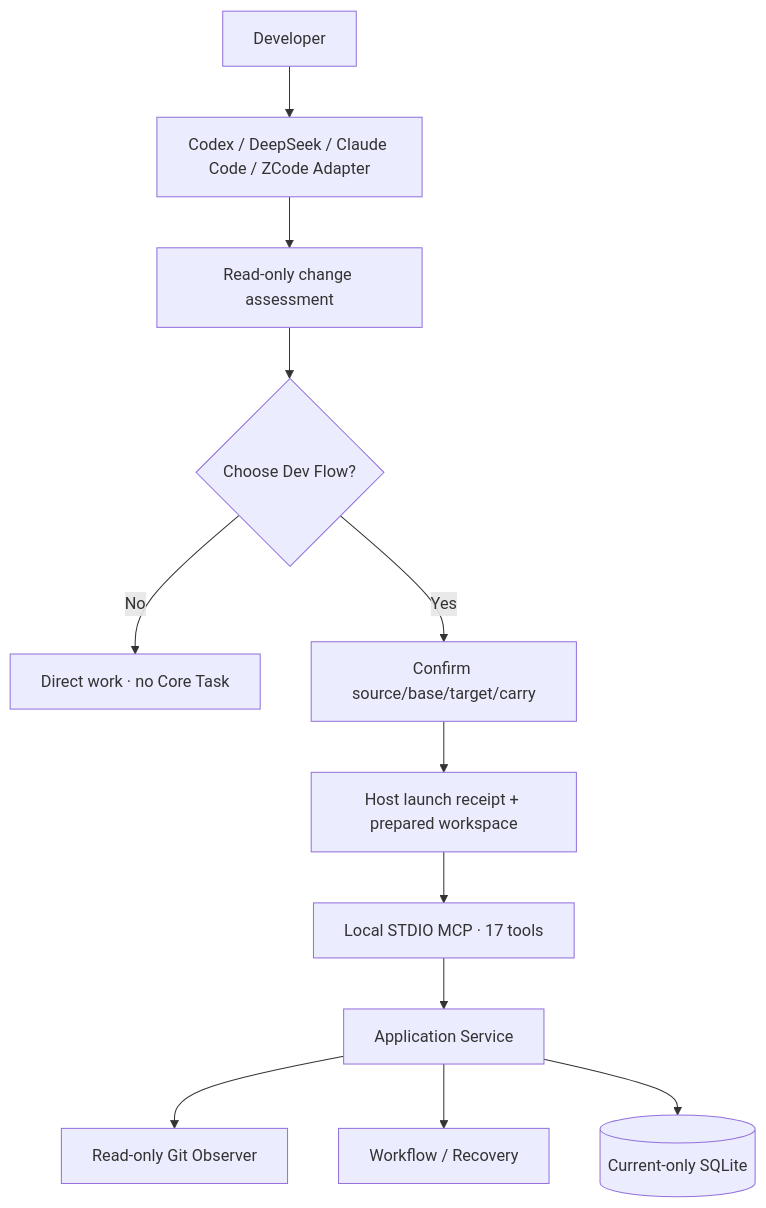
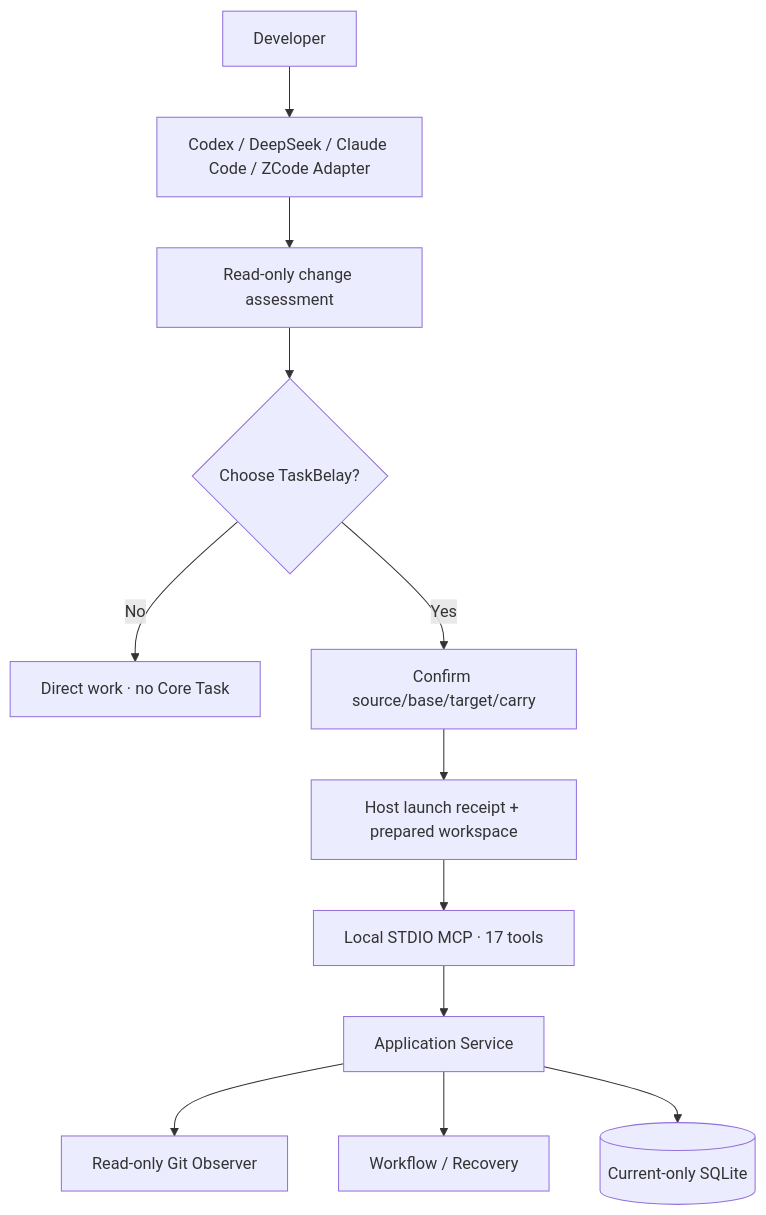
The diagram in docs/ARCHITECTURE_en.md (Innocent-children/dev-flow), drawn with Mermaid before and after one commit. The commit also changed other lines of this file and 1532 other files, not shown here.

````diff
--- a/docs/ARCHITECTURE_en.md
+++ b/docs/ARCHITECTURE_en.md
@@ -16,14 +16,14 @@
 ```mermaid
 flowchart TB
     U[Developer] --> H[Codex / DeepSeek / Claude Code / ZCode Adapter]
     H --> A[Read-only change assessment]
-    A --> C{Choose Dev Flow?}
+    A --> C{Choose TaskBelay?}
     C -->|No| D[Direct work · no Core Task]
     C -->|Yes| P[Confirm source/base/target/carry]
     P --> W[Host launch receipt + prepared workspace]
     W --> M[Local STDIO MCP · 17 tools]
     M --> S[Application Service]
     S --> G[Read-only Git Observer]
     S --> F[Workflow / Recovery]
     S --> DB[(Current-only SQLite)]
 ```
````
